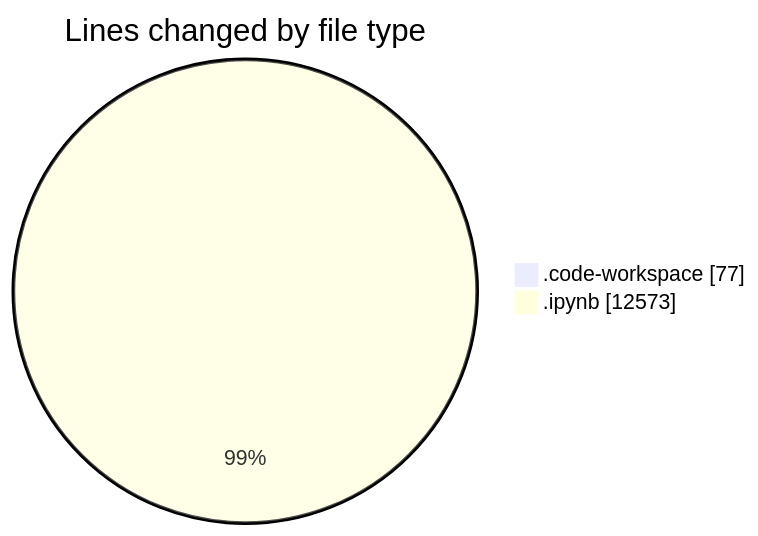
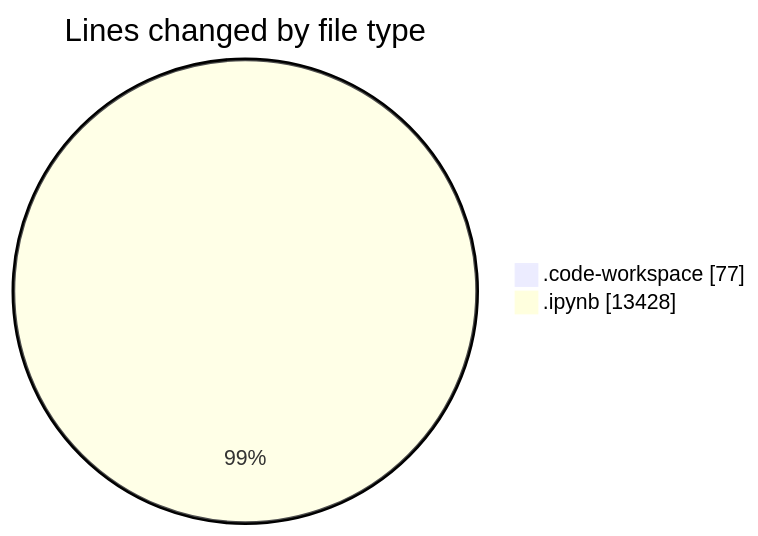
Before and after one commit to MatusMokan/code-tracking: the first of 2 diagrams in 2025-03-14/myws__workspace_/README.md, drawn with Mermaid. The commit also changed other lines of this file and 1 other file, not shown here.

````diff
--- a/2025-03-14/myws__workspace_/README.md
+++ b/2025-03-14/myws__workspace_/README.md
@@ -21,6 +21,6 @@
 ```mermaid
 pie showData
 title Lines changed by file type
 ".code-workspace" : 77
-".ipynb" : 12573
+".ipynb" : 13428
 ```
````
